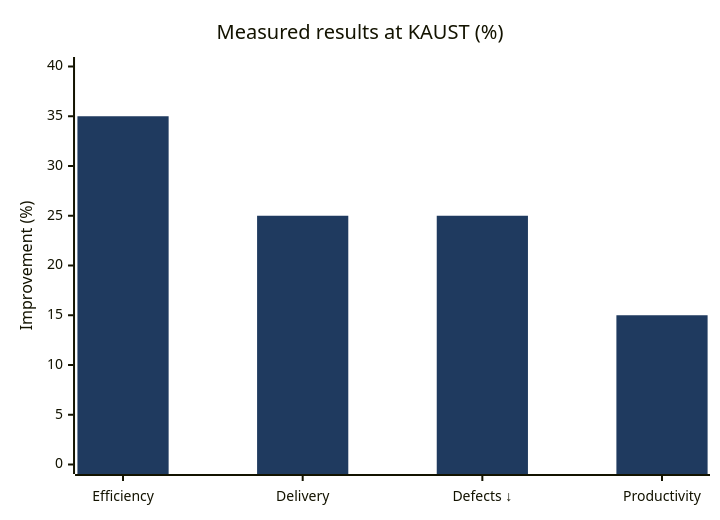
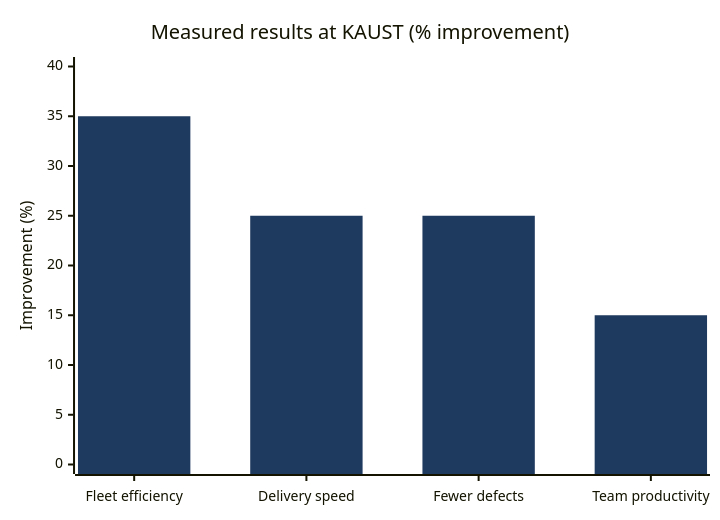
The third of 4 diagrams in README.md (hassankx/hassankx), drawn with Mermaid before and after one commit. The commit also changed other lines of this file, not shown here.

First line of the commit message:
Give the career charts full width

````diff
--- a/README.md
+++ b/README.md
@@ -109,8 +102,8 @@
 ```mermaid
 %%{init: {'theme':'base','themeVariables':{'xyChart':{'plotColorPalette':'#1F3A5F'}}}}%%
 xychart-beta
-    title "Measured results at KAUST (%)"
-    x-axis ["Efficiency", "Delivery", "Defects ↓", "Productivity"]
+    title "Measured results at KAUST (% improvement)"
+    x-axis ["Fleet efficiency", "Delivery speed", "Fewer defects", "Team productivity"]
     y-axis "Improvement (%)" 0 --> 40
     bar [35, 25, 25, 15]
 ```
````
